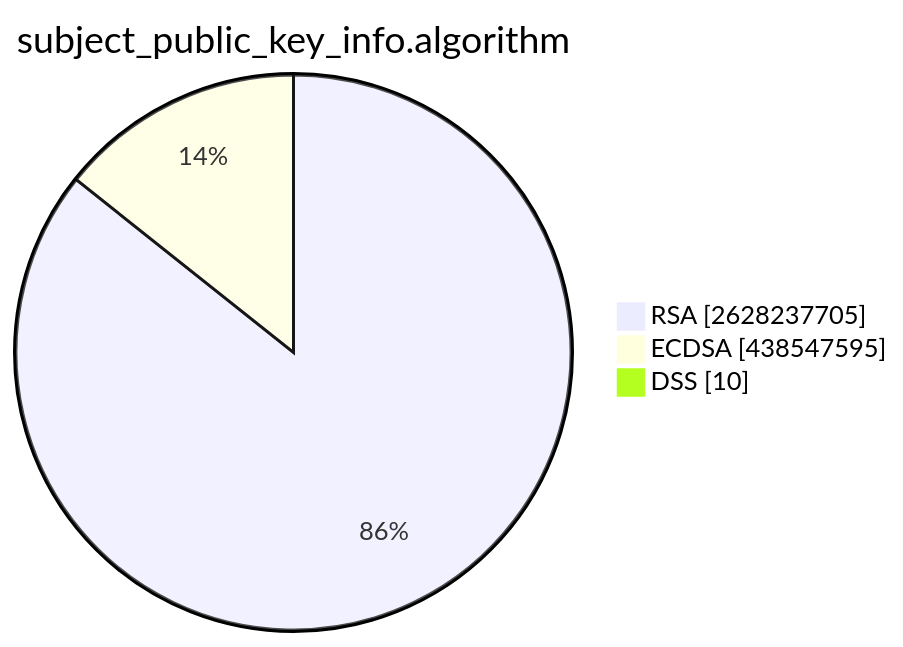
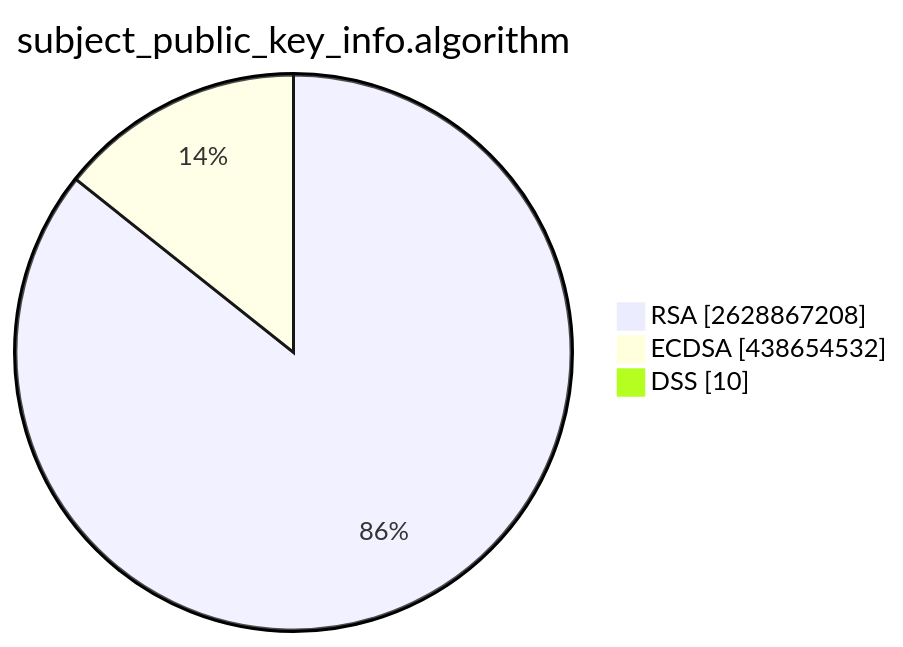
The second of 15 diagrams in TOTAL/README.md (christiankrug/ctmonitor_visualization), drawn with Mermaid before and after one commit. The commit also changed other lines of this file, not shown here.

````diff
--- a/TOTAL/README.md
+++ b/TOTAL/README.md
@@ -6,7 +6,7 @@
 ```mermaid
 pie showData
 title subject_public_key_info.algorithm
-"RSA" :2628237705
-"ECDSA" :438547595
+"RSA" :2628867208
+"ECDSA" :438654532
 "DSS" :10
 ```
````
